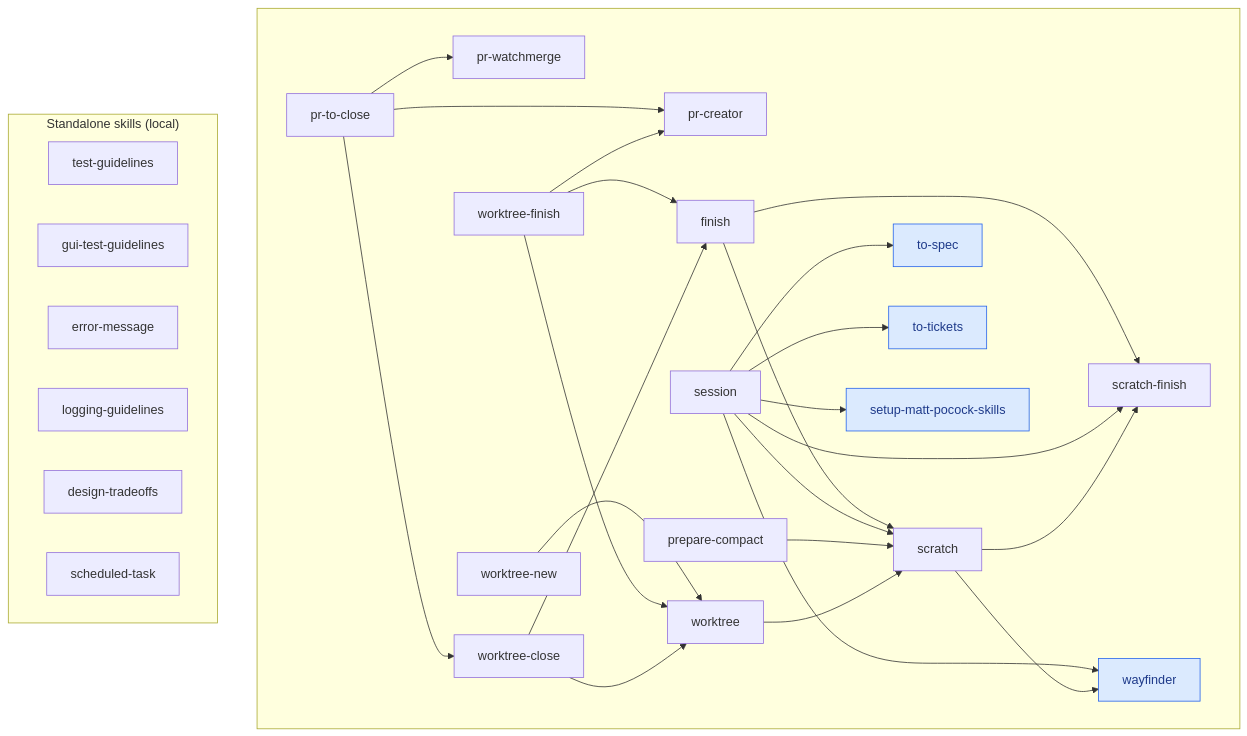
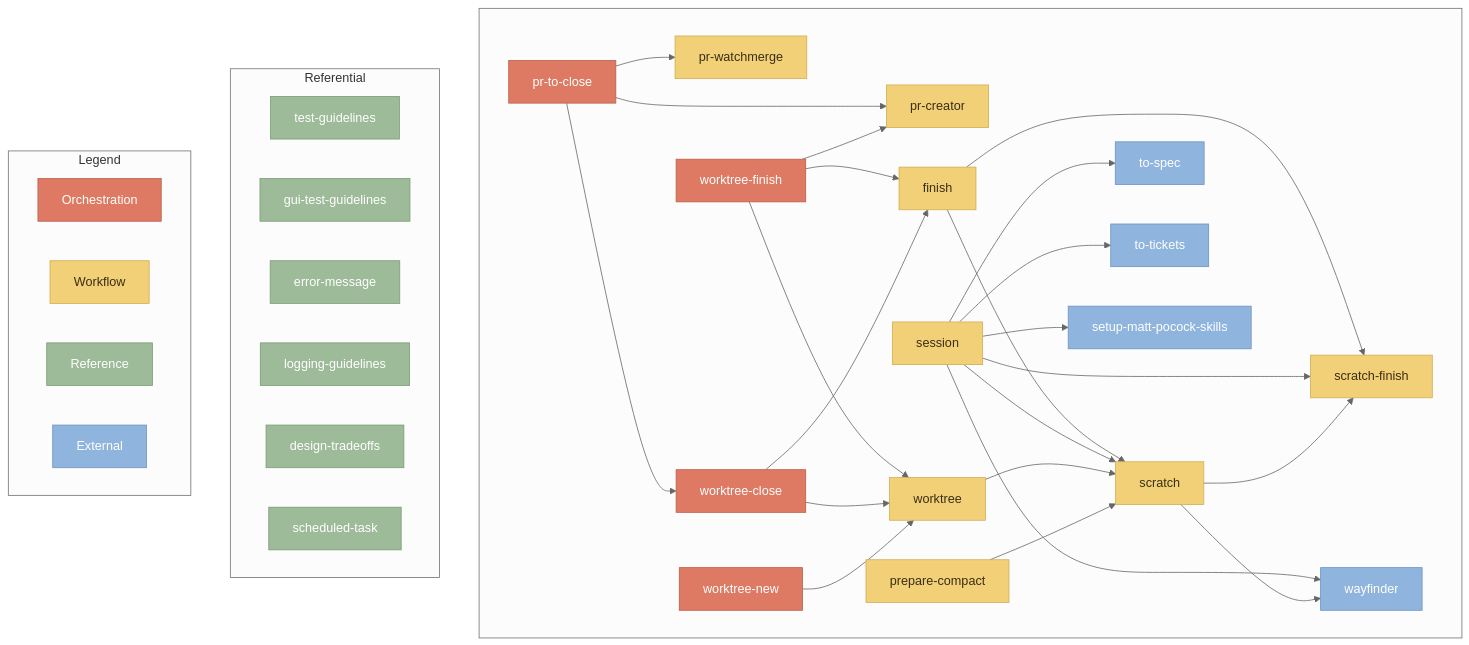
Before and after one commit to FAZuH/agent: the diagram in docs/diagrams/skill-relations.mmd, drawn with Mermaid. The commit also changed 2 other files, not shown here.

Commit message:
docs: restructure skills into orchestration/workflow/reference categories [no ci]

```diff
--- a/docs/diagrams/skill-relations.mmd
+++ b/docs/diagrams/skill-relations.mmd
@@ -1,58 +1,76 @@
+---
+config:
+  theme: 'neutral'
+---
 flowchart TD
-    subgraph "" 
+    subgraph skills[" "]
         pr_to_close["pr-to-close"]
         worktree_new["worktree-new"]
         worktree_finish["worktree-finish"]
         pr_creator["pr-creator"]
         pr_watchmerge["pr-watchmerge"]
         worktree_close["worktree-close"]
         worktree["worktree"]
         finish["finish"]
         session["session"]
         scratch["scratch"]
         scratch_finish["scratch-finish"]
         prepare_compact["prepare-compact"]
         to_spec["to-spec"]
         to_tickets["to-tickets"]
         wayfinder["wayfinder"]
         setup_matt_pocock_skills["setup-matt-pocock-skills"]
     end
 
-    subgraph standalone["Standalone skills (local)"]
+    subgraph referential["Referential"]
         test_guidelines["test-guidelines"]
         gui_test_guidelines["gui-test-guidelines"]
         error_message["error-message"]
         logging_guidelines["logging-guidelines"]
         design_tradeoffs["design-tradeoffs"]
         scheduled_task["scheduled-task"]
     end
 
     pr_to_close --> pr_creator
     pr_to_close --> pr_watchmerge
     pr_to_close --> worktree_close
 
-    worktree_new --> worktree
-
     worktree_finish --> worktree
     worktree_finish --> pr_creator
     worktree_finish --> finish
 
     worktree_close --> finish
     worktree_close --> worktree
 
+    worktree_new --> worktree
+
     finish --> scratch
     finish --> scratch_finish
     session --> scratch
     session --> scratch_finish
     scratch --> scratch_finish
+    worktree --> scratch
     prepare_compact --> scratch
-    worktree --> scratch
 
     session --> to_spec
     session --> to_tickets
     session --> wayfinder
     session --> setup_matt_pocock_skills
     scratch --> wayfinder
 
-    classDef ext fill:#dbeafe,stroke:#2563eb,color:#1e3a8a
-    class to_spec,to_tickets,wayfinder,setup_matt_pocock_skills ext
+    subgraph legend["Legend"]
+        L_orch["Orchestration"]
+        L_work["Workflow"]
+        L_ref["Reference"]
+        L_ext["External"]
+    end
+
+    classDef orchestration fill:#DE7A63,stroke:#BE5D48,color:#FFFFFF
+    classDef workflow fill:#F2D077,stroke:#D1AD54,color:#3A2E14
+    classDef reference fill:#9DBB98,stroke:#7B9C76,color:#FFFFFF
+    classDef external fill:#8FB4DE,stroke:#6C93C0,color:#FFFFFF
+
+    class L_orch,pr_to_close,worktree_new,worktree_finish,worktree_close orchestration
+    class L_work,pr_creator,pr_watchmerge,worktree,finish,session,scratch,scratch_finish,prepare_compact workflow
+    class L_ref,test_guidelines,gui_test_guidelines,error_message,logging_guidelines,design_tradeoffs,scheduled_task reference
+    class L_ext,to_spec,to_tickets,wayfinder,setup_matt_pocock_skills external
```
